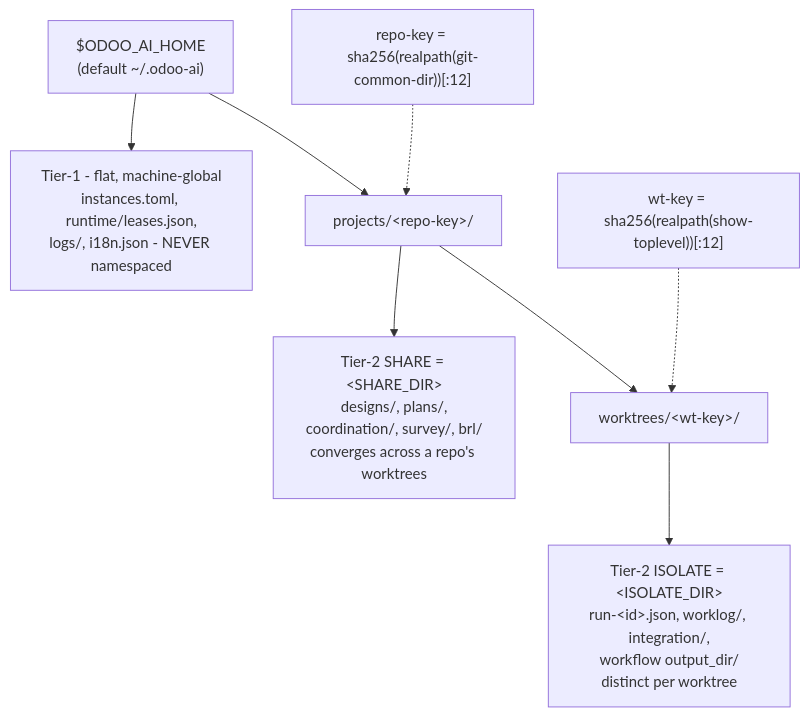
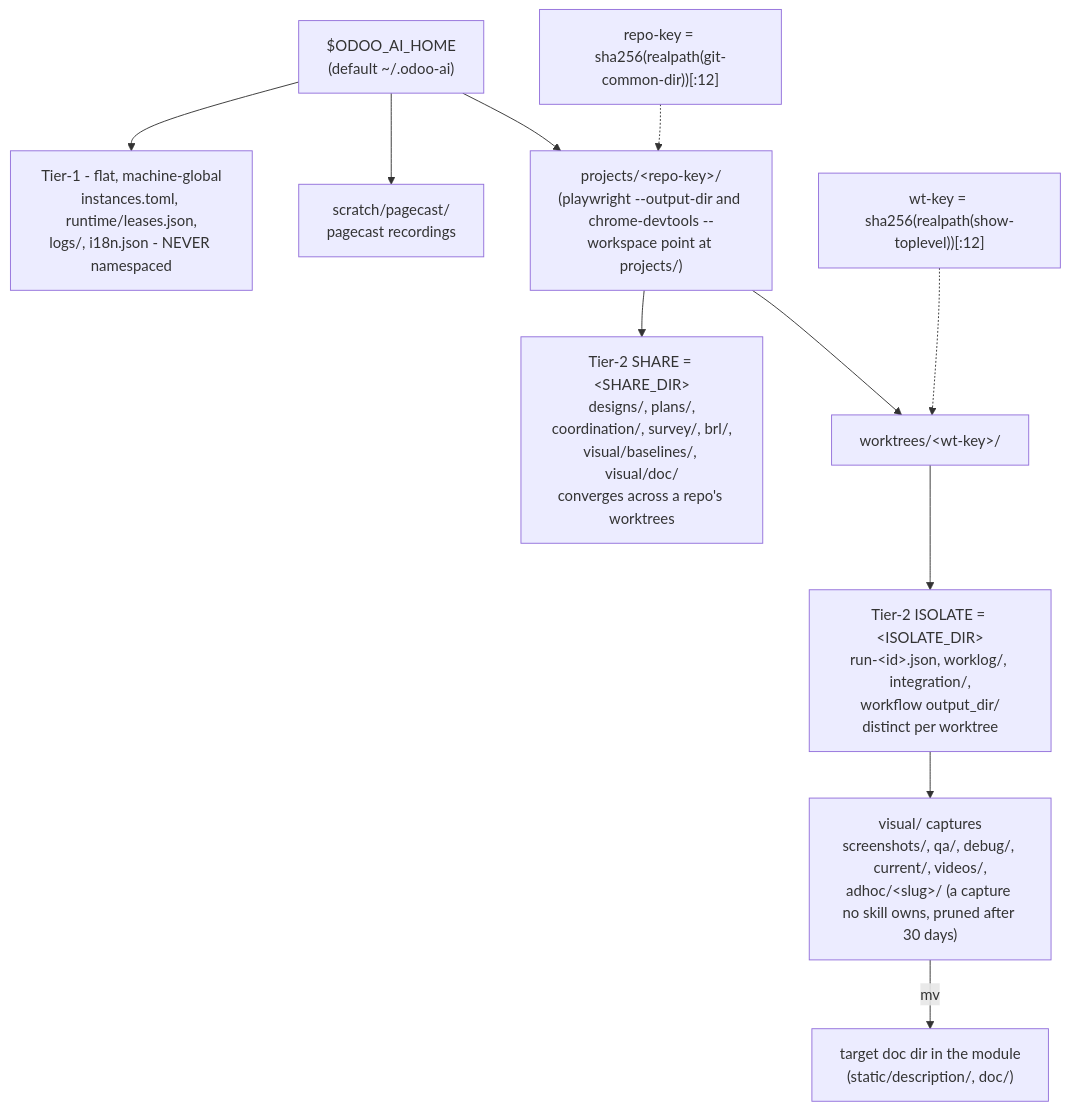
Before and after one commit to Viindoo/odoo-mcp-client: the ninth of 9 diagrams in plugins/odoo-ai-agents/README.md, drawn with Mermaid. The commit also changed other lines of this file and 4 other files, not shown here.

````diff
--- a/plugins/odoo-ai-agents/README.md
+++ b/plugins/odoo-ai-agents/README.md
@@ -876,12 +902,15 @@
 ```mermaid
 flowchart TD
     HOME["$ODOO_AI_HOME<br/>(default ~/.odoo-ai)"]
     HOME --> T1["Tier-1 - flat, machine-global<br/>instances.toml, runtime/leases.json,<br/>logs/, i18n.json - NEVER namespaced"]
-    HOME --> PROJ["projects/&lt;repo-key&gt;/"]
-    PROJ --> SHARE["Tier-2 SHARE = &lt;SHARE_DIR&gt;<br/>designs/, plans/,<br/>coordination/, survey/, brl/<br/>converges across a repo's worktrees"]
+    HOME --> SCR["scratch/pagecast/<br/>pagecast recordings"]
+    HOME --> PROJ["projects/&lt;repo-key&gt;/<br/>(playwright --output-dir and chrome-devtools --workspace point at projects/)"]
+    PROJ --> SHARE["Tier-2 SHARE = &lt;SHARE_DIR&gt;<br/>designs/, plans/,<br/>coordination/, survey/, brl/,<br/>visual/baselines/, visual/doc/<br/>converges across a repo's worktrees"]
     PROJ --> WT["worktrees/&lt;wt-key&gt;/"]
     WT --> ISO["Tier-2 ISOLATE = &lt;ISOLATE_DIR&gt;<br/>run-&lt;id&gt;.json, worklog/, integration/,<br/>workflow output_dir/<br/>distinct per worktree"]
+    ISO --> VIS["visual/ captures<br/>screenshots/, qa/, debug/, current/, videos/,<br/>adhoc/&lt;slug&gt;/ (a capture no skill owns, pruned after 30 days)"]
+    VIS -- "mv" --> DOC["target doc dir in the module<br/>(static/description/, doc/)"]
 
     REPOKEY["repo-key = sha256(realpath(git-common-dir))[:12]"] -.-> PROJ
     WTKEY["wt-key = sha256(realpath(show-toplevel))[:12]"] -.-> WT
 ```
````
